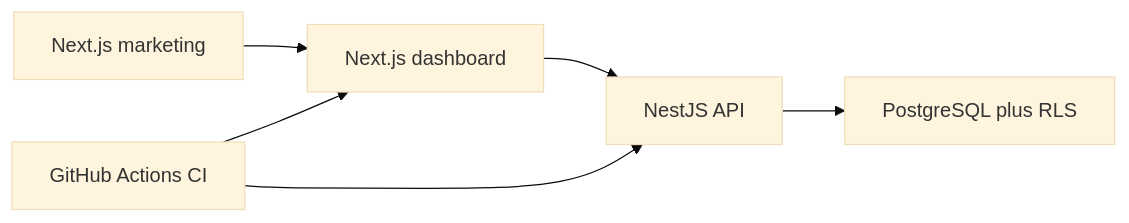
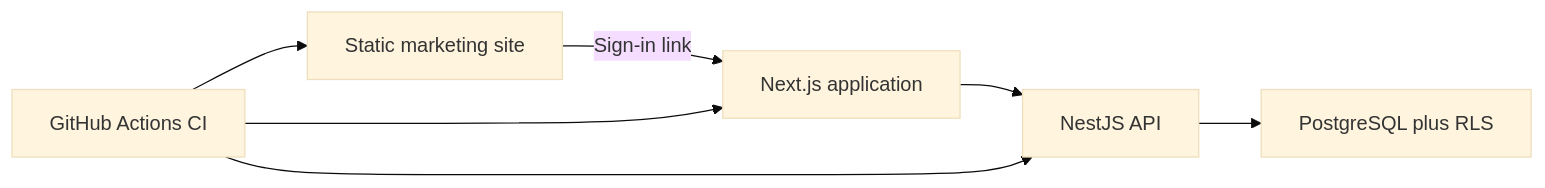
One commit to alexhcj/medconnect-pro changed the diagram in README.md. Above: the diagram before and after it, drawn with Mermaid (base theme). The commit also changed other lines of this file and 137 other files, not shown here.

First line of the commit message:
chore(release): bump version to 0.86.0 and introduce marketing static site

````diff
--- a/README.md
+++ b/README.md
@@ -123,13 +123,14 @@
 ```mermaid
 flowchart LR
-  Marketing["Next.js marketing"]
-  Web["Next.js dashboard"]
+  Marketing["Static marketing site"]
+  Web["Next.js application"]
   Api["NestJS API"]
   Pg["PostgreSQL plus RLS"]
   Ci["GitHub Actions CI"]
-  Marketing --> Web
+  Marketing -->|"Sign-in link"| Web
   Web --> Api
   Api --> Pg
+  Ci --> Marketing
   Ci --> Web
   Ci --> Api
 ```
````
